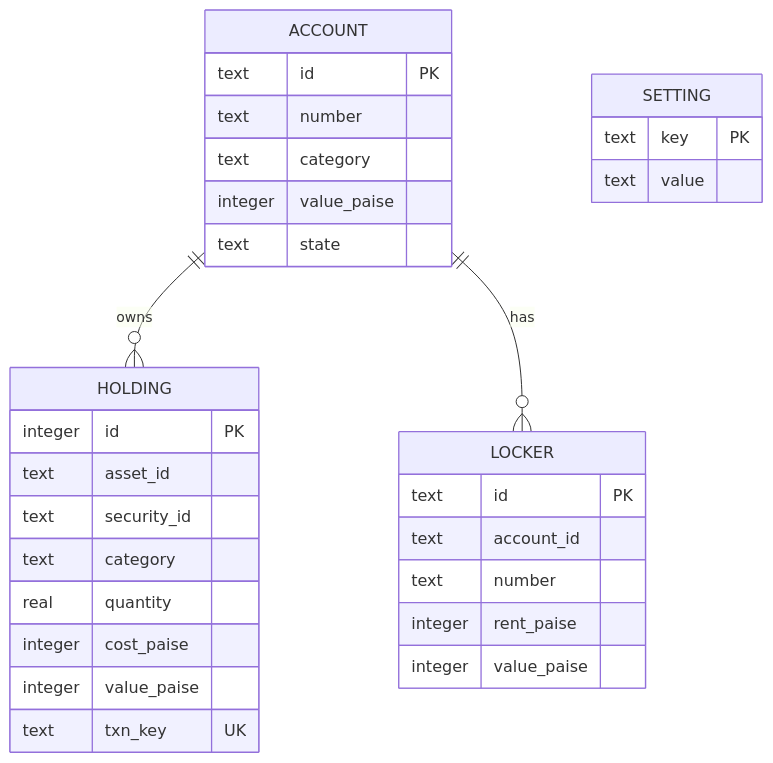
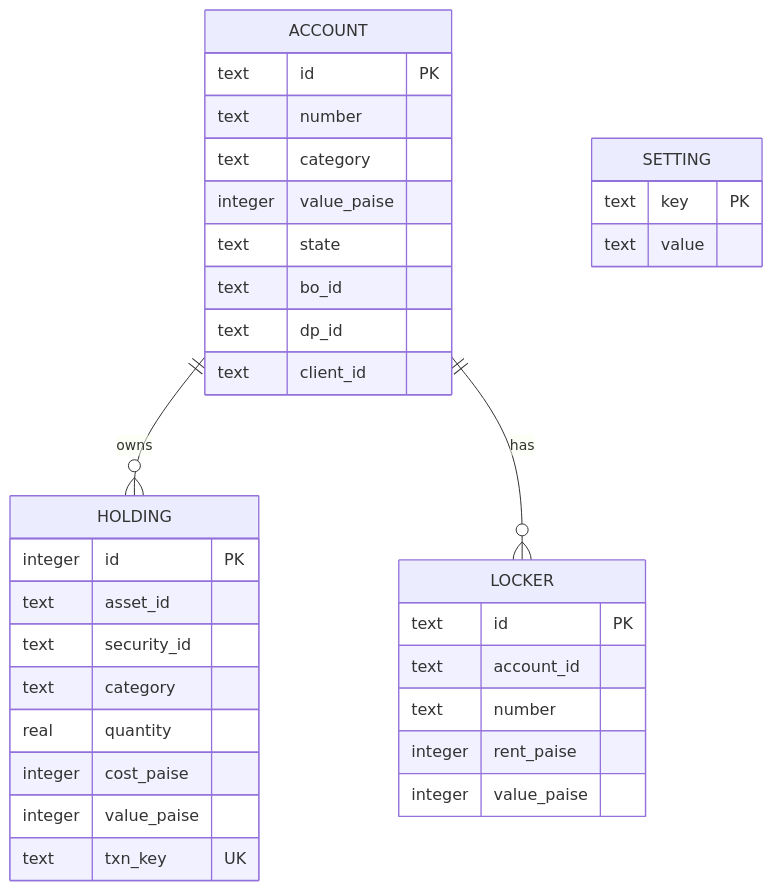
The diagram in docs/diagrams/schema-assets.mmd (shivam2014/bankpipe), drawn with Mermaid before and after one commit. The commit also changed 5 other files, not shown here.

Commit message:
docs(schema): note the demat identity columns and keep the docs check green

```diff
--- a/docs/diagrams/schema-assets.mmd
+++ b/docs/diagrams/schema-assets.mmd
@@ -1,35 +1,38 @@
 erDiagram
   ACCOUNT ||--o{ HOLDING : owns
   ACCOUNT ||--o{ LOCKER : has
 
   ACCOUNT {
     text id PK
     text number
     text category
     integer value_paise
     text state
+    text bo_id
+    text dp_id
+    text client_id
   }
 
   HOLDING {
     integer id PK
     text asset_id
     text security_id
     text category
     real quantity
     integer cost_paise
     integer value_paise
     text txn_key UK
   }
 
   SETTING {
     text key PK
     text value
   }
 
   LOCKER {
     text id PK
     text account_id
     text number
     integer rent_paise
     integer value_paise
   }
```
